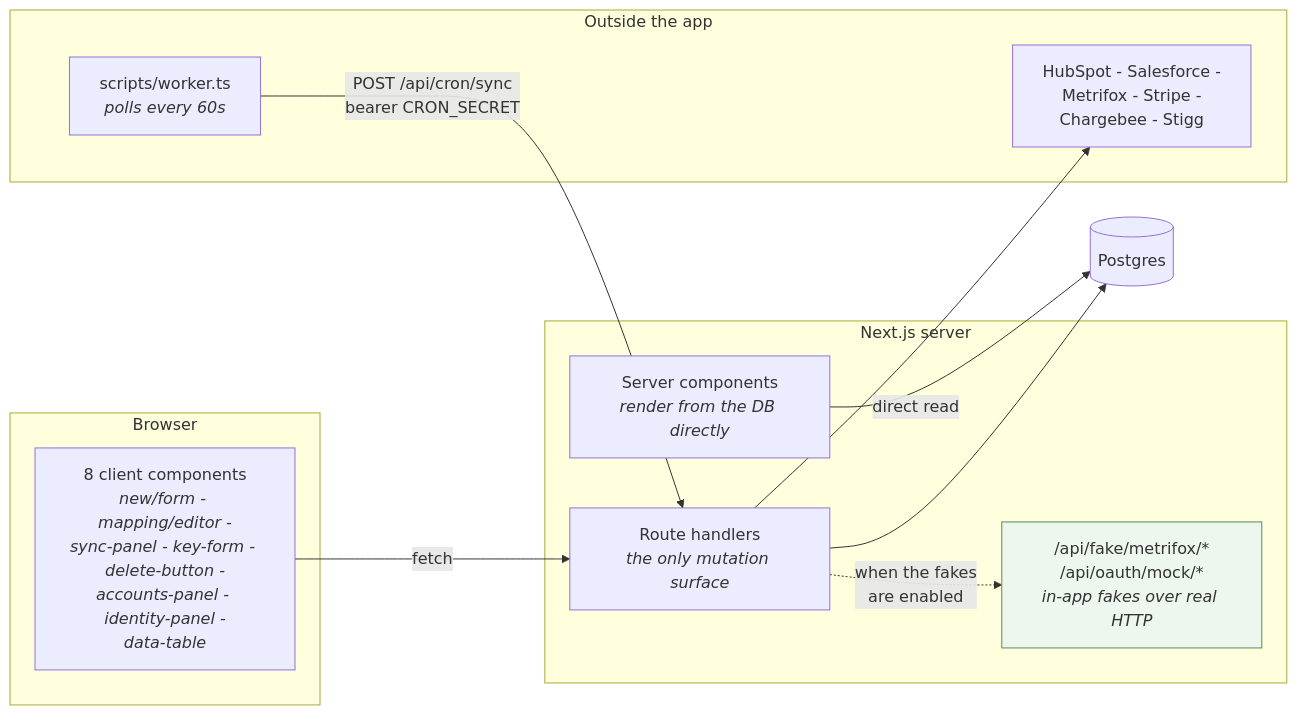
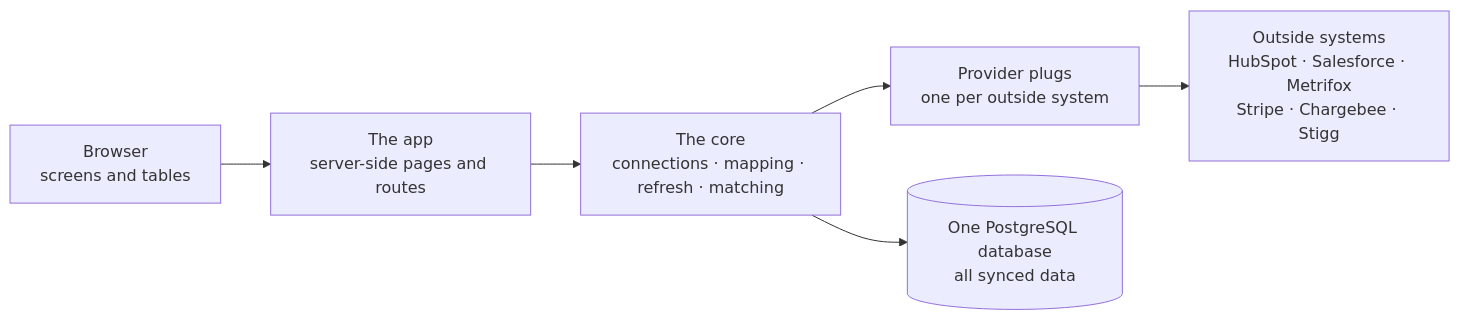
One commit to ajibade-ibrahim/Integration-Demo changed the first of 4 diagrams in docs/architecture.md. Above: the diagram before and after it, drawn with Mermaid. The commit also changed other lines of this file and 10 other files, not shown here.

````diff
--- a/docs/architecture.md
+++ b/docs/architecture.md
@@ -677,26 +30,8 @@
 ```mermaid
 flowchart LR
-    subgraph browser["Browser"]
-        CC["8 client components<br/><i>new/form - mapping/editor -<br/>sync-panel - key-form - delete-button -<br/>accounts-panel - identity-panel -<br/>data-table</i>"]
-    end
-
-    subgraph server["Next.js server"]
-        RSC["Server components<br/><i>render from the DB directly</i>"]
-        RH["Route handlers<br/><i>the only mutation surface</i>"]
-        FAKE["/api/fake/metrifox/*<br/>/api/oauth/mock/*<br/><i>in-app fakes over real HTTP</i>"]
-    end
-
-    subgraph outside["Outside the app"]
-        W["scripts/worker.ts<br/><i>polls every 60s</i>"]
-        EXT["HubSpot - Salesforce -<br/>Metrifox - Stripe -<br/>Chargebee - Stigg"]
-    end
-
-    CC -->|fetch| RH
-    RSC -->|direct read| DB[("Postgres")]
-    RH --> DB
-    RH --> EXT
-    W -->|"POST /api/cron/sync<br/>bearer CRON_SECRET"| RH
-    RH -.->|"when the fakes<br/>are enabled"| FAKE
-
-    style FAKE fill:#eef7ee,stroke:#5a8a5a
+    B["Browser<br/>screens and tables"] --> APP["The app<br/>server-side pages and routes"]
+    APP --> CORE["The core<br/>connections · mapping · refresh · matching"]
+    CORE --> P["Provider plugs<br/>one per outside system"]
+    P --> EXT["Outside systems<br/>HubSpot · Salesforce · Metrifox<br/>Stripe · Chargebee · Stigg"]
+    CORE --> DB[("One PostgreSQL database<br/>all synced data")]
 ```
````
